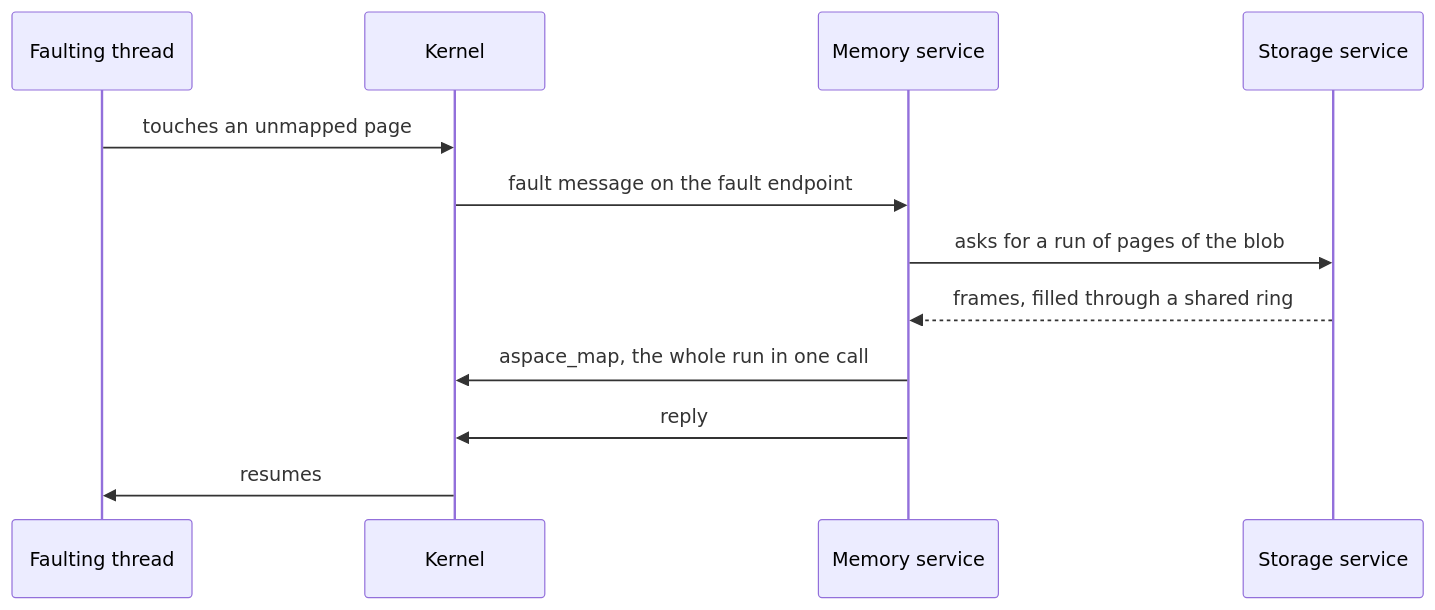
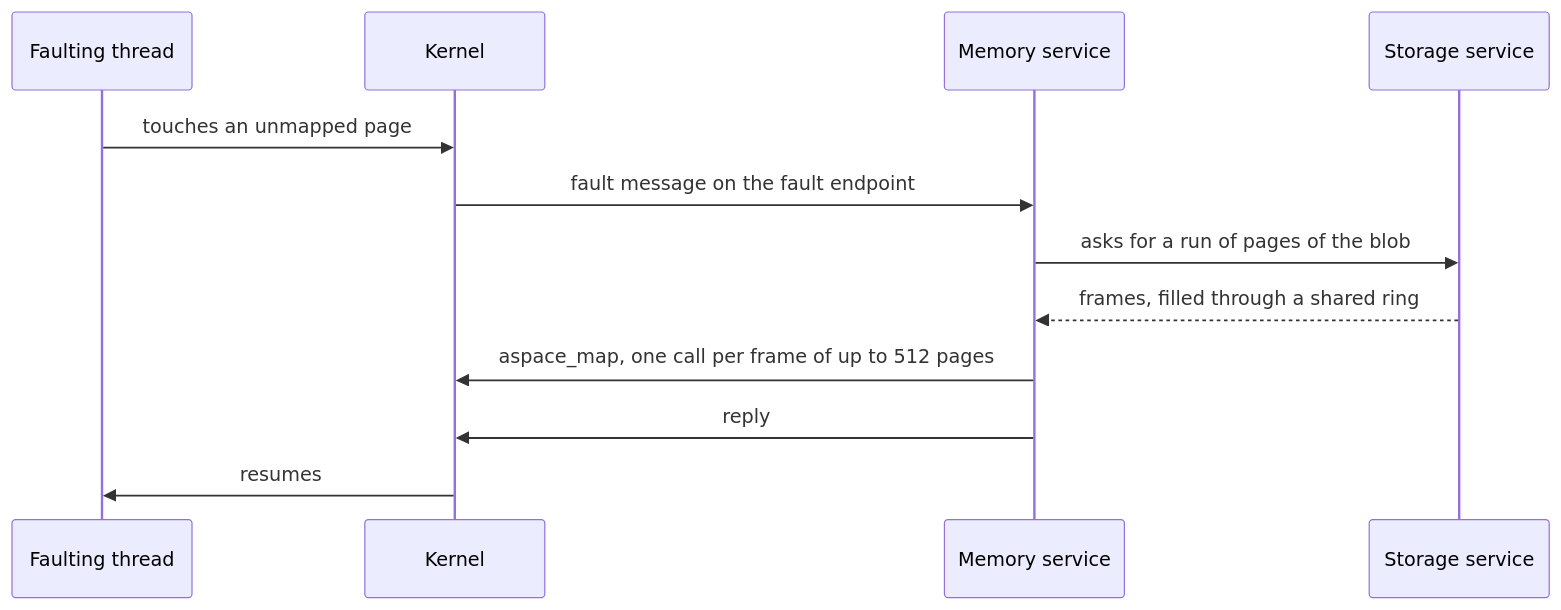
One commit to LES-RATS/dodos-doc changed the second of 3 diagrams in architecture/kernel-interface.md. Above: the diagram before and after it, drawn with Mermaid. The commit also changed other lines of this file and 7 other files, not shown here.

````diff
--- a/architecture/kernel-interface.md
+++ b/architecture/kernel-interface.md
@@ -204,14 +758,14 @@
 ```mermaid
 sequenceDiagram
     participant T as Faulting thread
     participant K as Kernel
     participant M as Memory service
     participant D as Storage service
     T->>K: touches an unmapped page
     K->>M: fault message on the fault endpoint
     M->>D: asks for a run of pages of the blob
     D-->>M: frames, filled through a shared ring
-    M->>K: aspace_map, the whole run in one call
+    M->>K: aspace_map, one call per frame of up to 512 pages
     M->>K: reply
     K->>T: resumes
 ```
````
